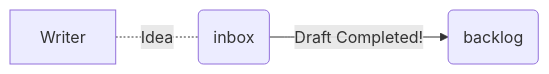
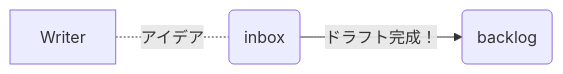
The second of 4 diagrams in i18n/jp/docusaurus-plugin-content-blog/2023-04-19/blog-posting-pipeline.md (songkg7/songkg7.github.io), drawn with Mermaid before and after one commit. The commit also changed other lines of this file, not shown here.

````diff
--- a/i18n/jp/docusaurus-plugin-content-blog/2023-04-19/blog-posting-pipeline.md
+++ b/i18n/jp/docusaurus-plugin-content-blog/2023-04-19/blog-posting-pipeline.md
@@ -50,4 +50,4 @@
 ```mermaid
 flowchart LR
-    Writer -. Idea .- inbox(inbox) -- Draft Completed! --> backlog(backlog)
+    Writer -. アイデア .- inbox(inbox) -- ドラフト完成！ --> backlog(backlog)
 ```
````
